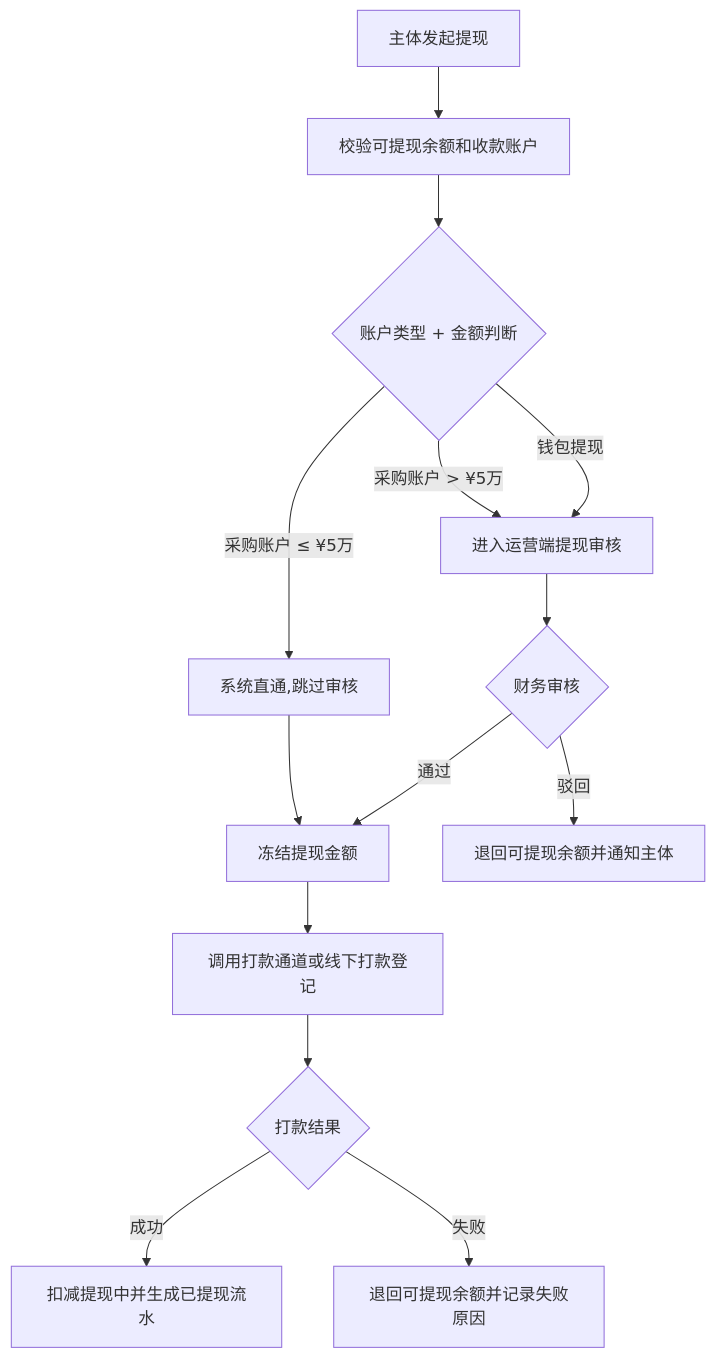
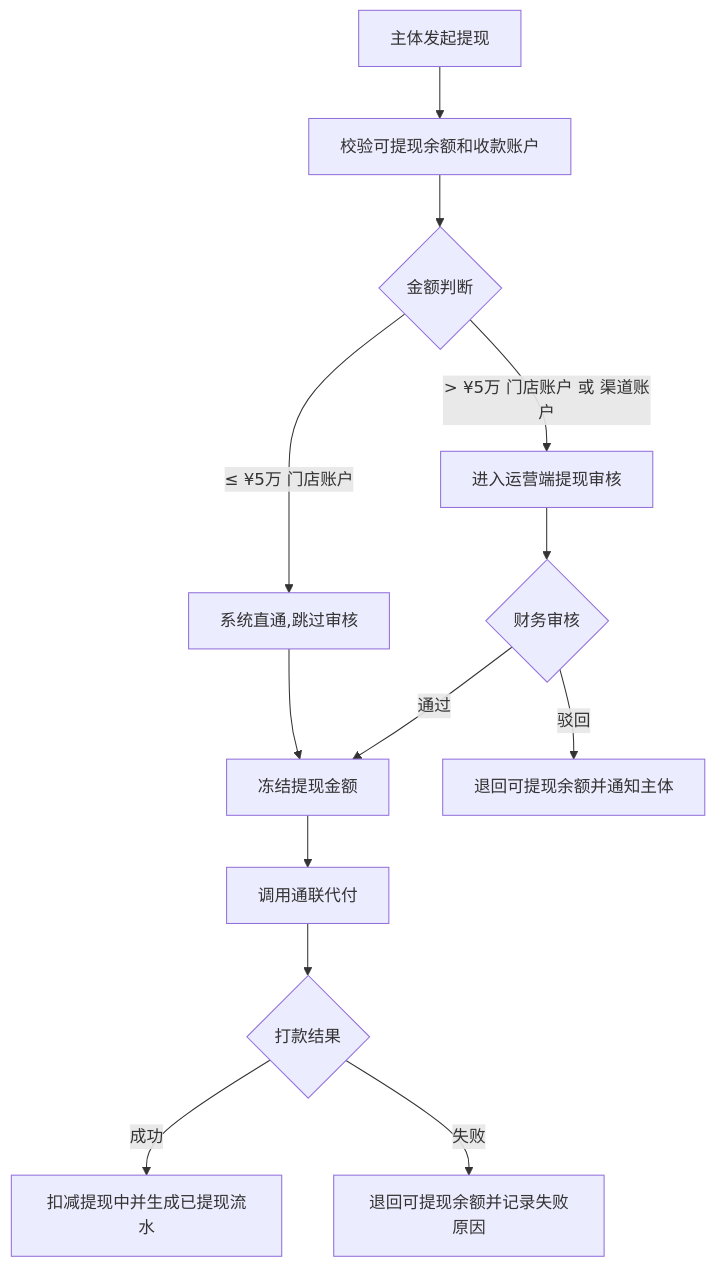
The diagram in PRD/V0.2/modules/运营端/财务管理/02_钱包分账提现对账.md (joezjyan-bot/mandian-prd), drawn with Mermaid before and after one commit. The commit also changed other lines of this file, not shown here.

````diff
--- a/PRD/V0.2/modules/运营端/财务管理/02_钱包分账提现对账.md
+++ b/PRD/V0.2/modules/运营端/财务管理/02_钱包分账提现对账.md
@@ -238,16 +287,15 @@
 ```mermaid
 flowchart TD
     A["主体发起提现"] --> B["校验可提现余额和收款账户"]
-    B --> C{"账户类型 + 金额判断"}
-    C -->|钱包提现| D["进入运营端提现审核"]
-    C -->|采购账户 ≤ ¥5万| E["系统直通,跳过审核"]
-    C -->|采购账户 > ¥5万| D
+    B --> C{"金额判断"}
+    C -->|≤ ¥5万 门店账户| E["系统直通,跳过审核"]
+    C -->|> ¥5万 门店账户 或 渠道账户| D["进入运营端提现审核"]
     D --> F{"财务审核"}
     F -->|通过| G["冻结提现金额"]
     E --> G
-    G --> H["调用打款通道或线下打款登记"]
+    G --> H["调用通联代付"]
     H --> I{"打款结果"}
     I -->|成功| J["扣减提现中并生成已提现流水"]
     I -->|失败| K["退回可提现余额并记录失败原因"]
     F -->|驳回| L["退回可提现余额并通知主体"]
 ```
````
